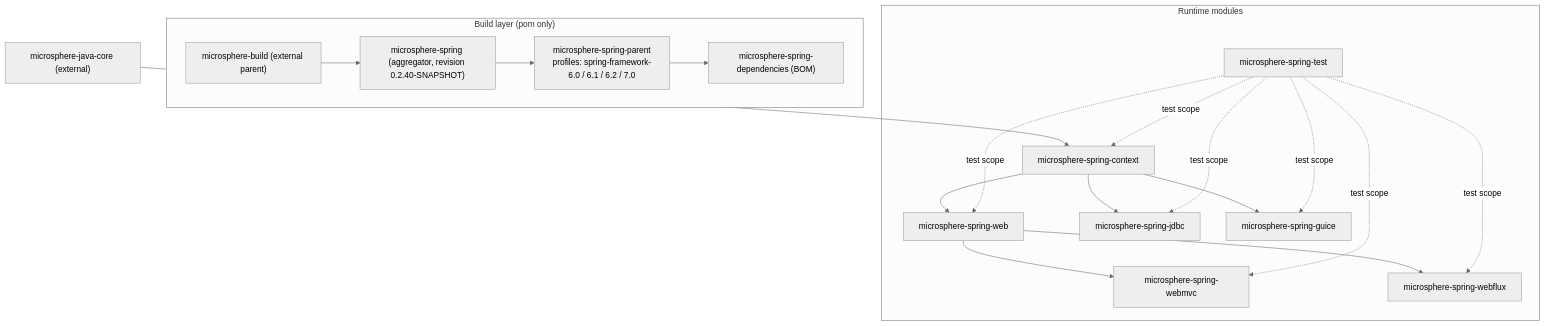
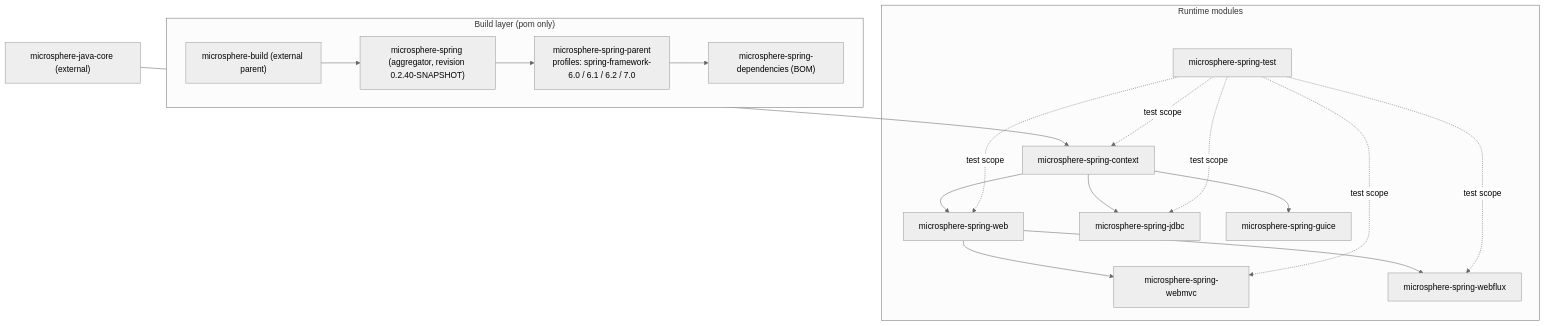
One commit to microsphere-projects/microsphere-spring changed the diagram in docs/developer-guide/current/README.md. Above: the diagram before and after it, drawn with Mermaid (neutral theme). The commit also changed other lines of this file and 55 other files, not shown here.

````diff
--- a/docs/developer-guide/current/README.md
+++ b/docs/developer-guide/current/README.md
@@ -27,33 +27,32 @@
 ```mermaid
 flowchart TD
   subgraph BUILD["Build layer (pom only)"]
     MB["microsphere-build (external parent)"]
     ROOT["microsphere-spring (aggregator, revision 0.2.40-SNAPSHOT)"]
     PAR["microsphere-spring-parent<br/>profiles: spring-framework-6.0 / 6.1 / 6.2 / 7.0"]
     DEP["microsphere-spring-dependencies (BOM)"]
   end
   MB --> ROOT --> PAR
   PAR --> DEP
 
   subgraph CORE["Runtime modules"]
     CTX["microsphere-spring-context"]
     WEB["microsphere-spring-web"]
     MVC["microsphere-spring-webmvc"]
     FLUX["microsphere-spring-webflux"]
     JDBC["microsphere-spring-jdbc"]
     GUICE["microsphere-spring-guice"]
     TEST["microsphere-spring-test"]
   end
   JAVA["microsphere-java-core (external)"] --> CTX
   CTX --> WEB
   WEB --> MVC
   WEB --> FLUX
   CTX --> JDBC
   CTX --> GUICE
   TEST -.test scope.-> CTX
   TEST -.test scope.-> WEB
   TEST -.test scope.-> MVC
   TEST -.test scope.-> FLUX
   TEST -.test scope.-> JDBC
-  TEST -.test scope.-> GUICE
 ```
````
